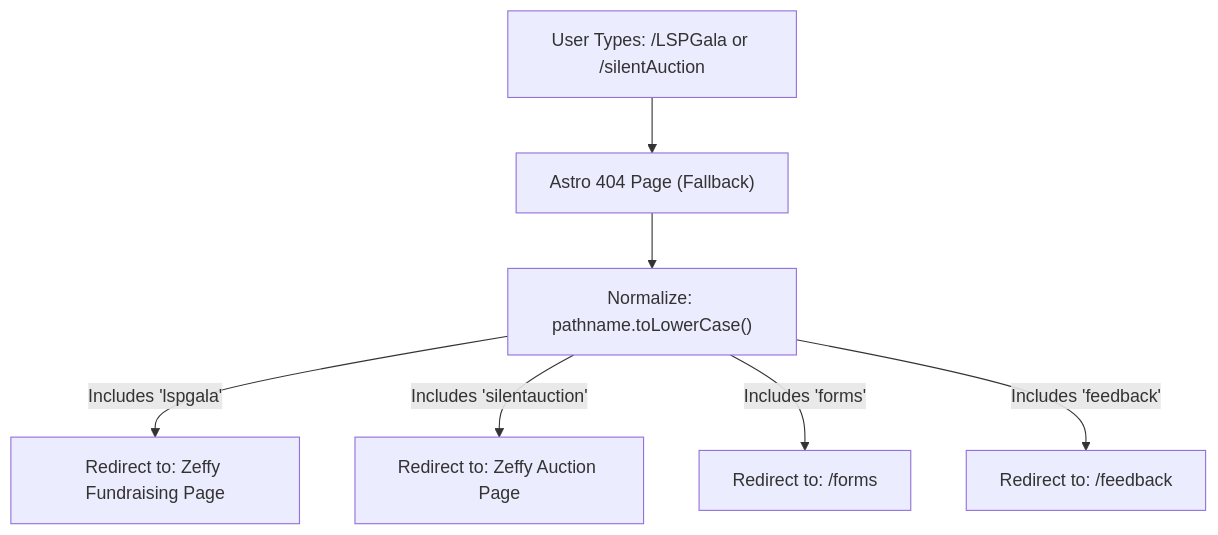
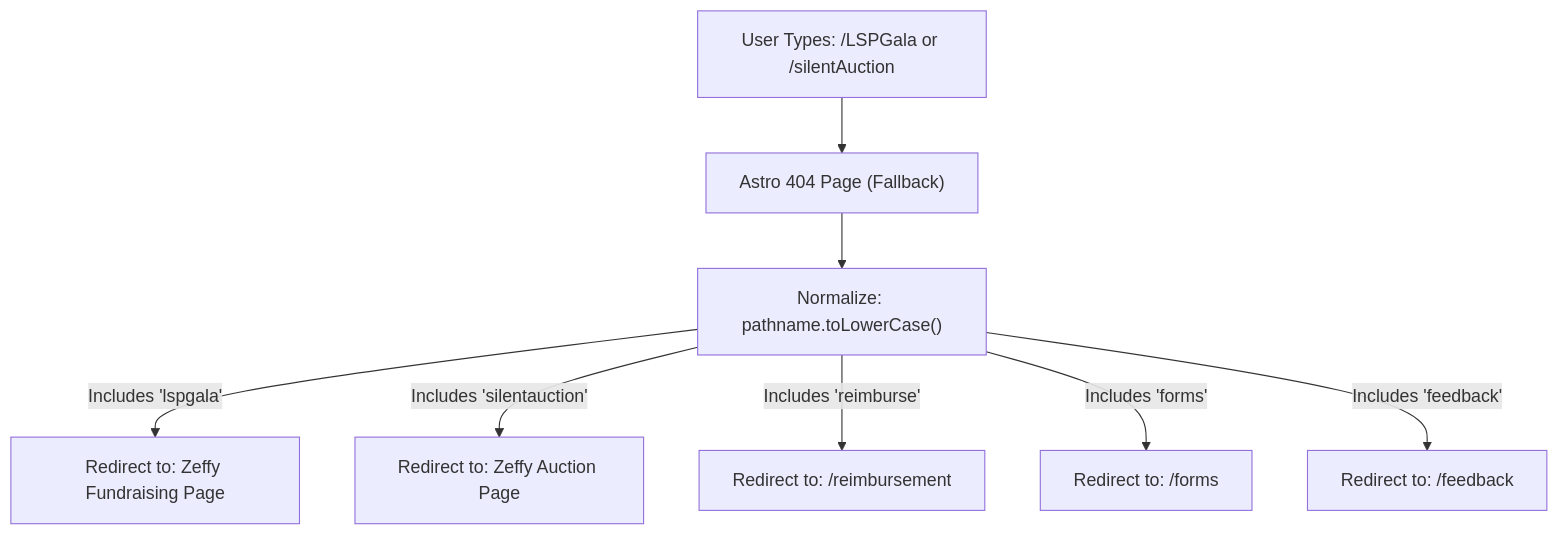
The third of 3 diagrams in design.md (awaisqazi/latinasweatproject), drawn with Mermaid before and after one commit. The commit also changed other lines of this file and 2 other files, not shown here.

First line of the commit message:
Add reimbursement request page linking to audit-ready Google Form

````diff
--- a/design.md
+++ b/design.md
@@ -830,9 +855,10 @@
 ```mermaid
 graph TD
     User["User Types: /LSPGala or /silentAuction"] --> Astro404["Astro 404 Page (Fallback)"]
     Astro404 --> JSNormalize["Normalize: pathname.toLowerCase()"]
     JSNormalize -- Includes 'lspgala' --> RedirectZeffyGala["Redirect to: Zeffy Fundraising Page"]
     JSNormalize -- Includes 'silentauction' --> RedirectZeffyAuction["Redirect to: Zeffy Auction Page"]
+    JSNormalize -- Includes 'reimburse' --> RedirectReimburse["Redirect to: /reimbursement"]
     JSNormalize -- Includes 'forms' --> RedirectLocal["Redirect to: /forms"]
     JSNormalize -- Includes 'feedback' --> RedirectFeedback["Redirect to: /feedback"]
 ```
````
